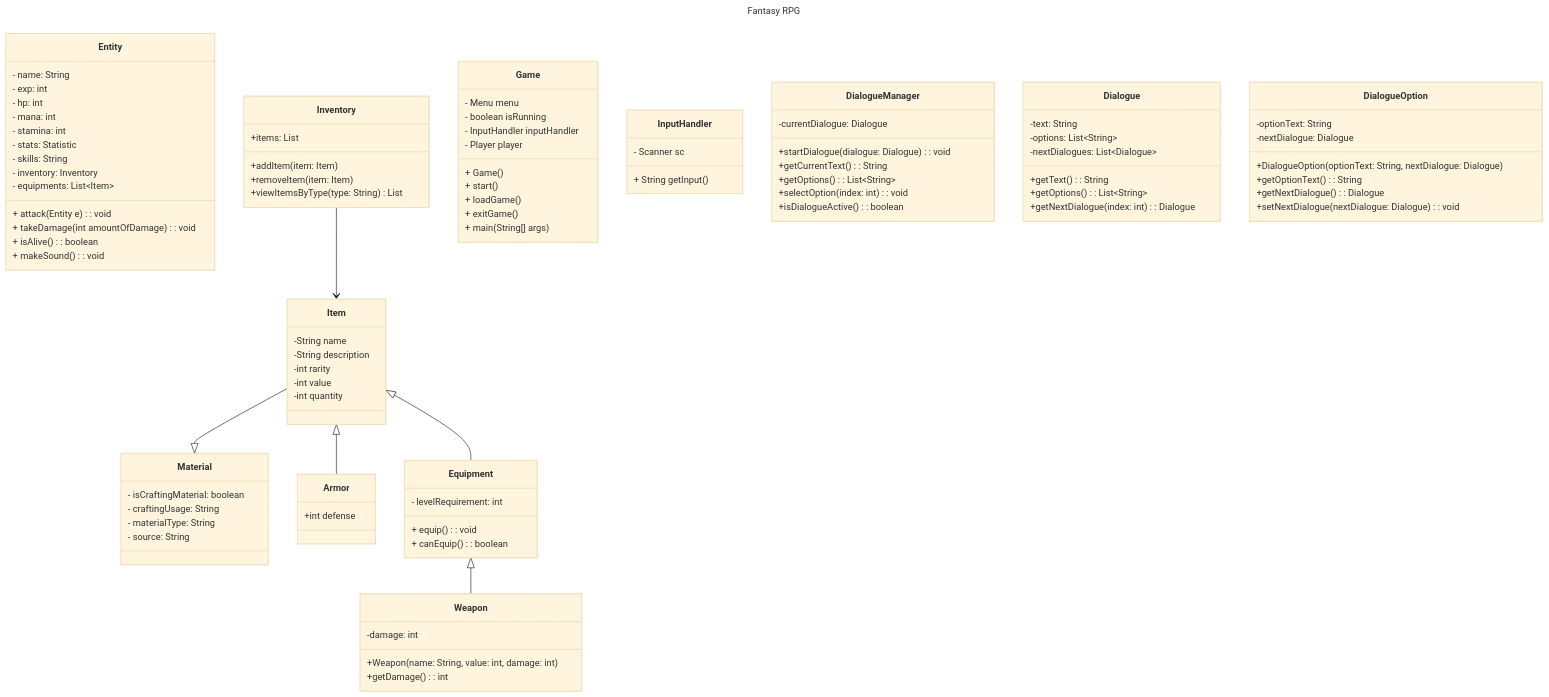
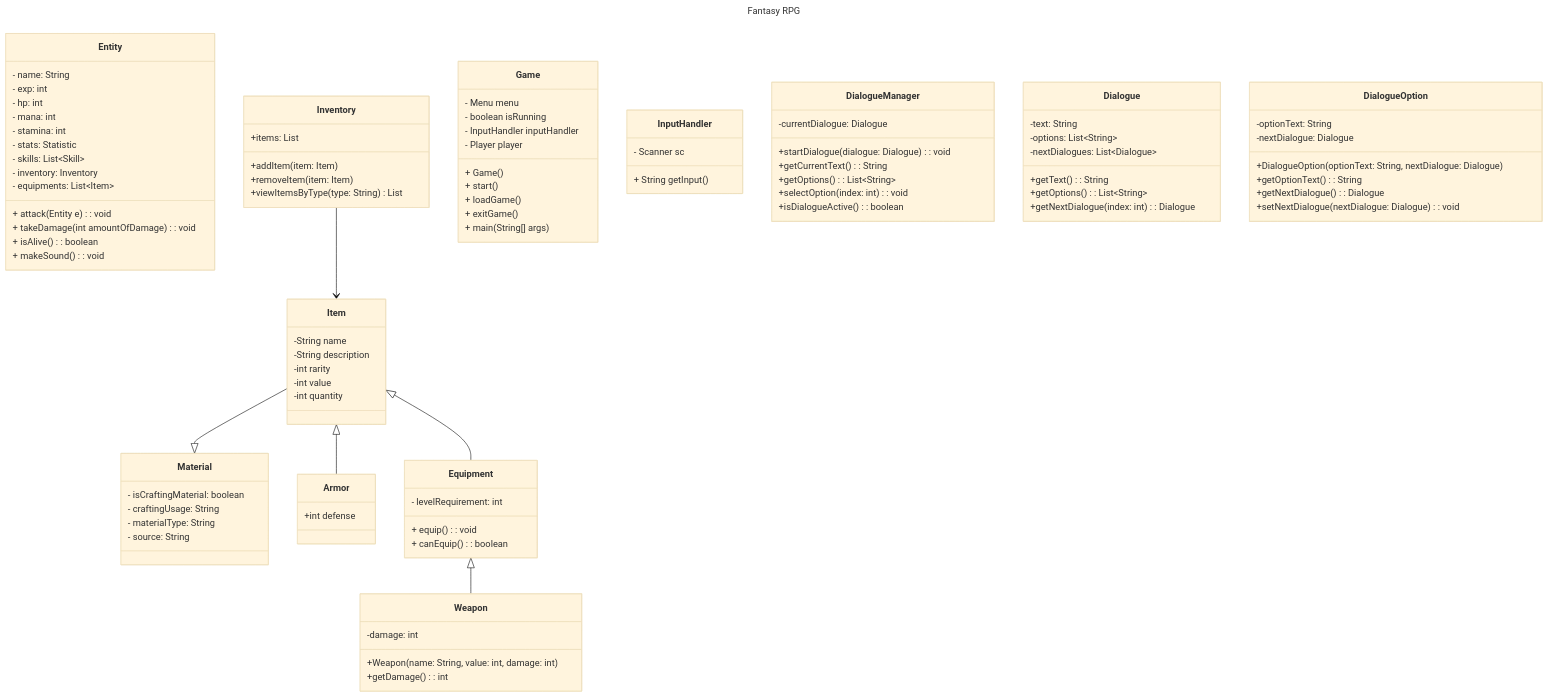
One commit to pacalso-jjc/2425-2nd-cc3-1b-rpg changed the diagram in wiki/Class-Diagram.md. Above: the diagram before and after it, drawn with Mermaid (base theme).

Commit message:
Update Class-Diagram.md to make skills a type of list of Skill class.

```diff
--- a/wiki/Class-Diagram.md
+++ b/wiki/Class-Diagram.md
@@ -10,7 +10,7 @@
       - mana: int
       - stamina: int
       - stats: Statistic
-      - skills: String
+      - skills: List~Skill~
       - inventory: Inventory
       - equipments: List~Item~
       + attack(Entity e): void
```
